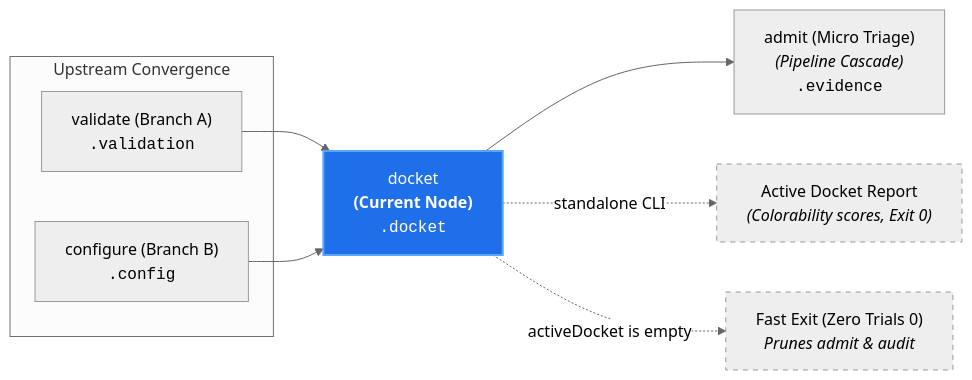
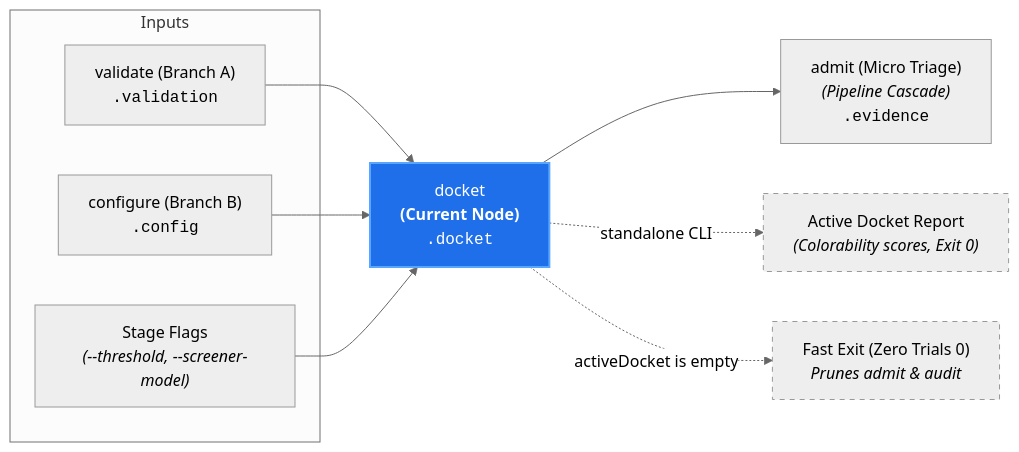
Before and after one commit to PAIR-code/canon-clerk: the diagram in docs/architecture/nodes/docket.md, drawn with Mermaid (neutral theme). The commit also changed 8 other files, not shown here.

Commit message:
docs(architecture): enrich localized node diagrams with stage flags and caseload inputs

````diff
--- a/docs/architecture/nodes/docket.md
+++ b/docs/architecture/nodes/docket.md
@@ -22,18 +22,20 @@
 ```mermaid
 flowchart LR
-    subgraph Upstream["Upstream Convergence"]
+    subgraph Inputs["Inputs"]
         Validate["validate (Branch A)<br/><code>.validation</code>"]
         Config["configure (Branch B)<br/><code>.config</code>"]
+        Params["Stage Flags<br/><i>(--threshold, --screener-model)</i>"]
     end
 
     Validate --> Docket["docket<br/><b>(Current Node)</b><br/><code>.docket</code>"]
     Config --> Docket
+    Params --> Docket
 
     Docket --> Admit["admit (Micro Triage)<br/><i>(Pipeline Cascade)</i><br/><code>.evidence</code>"]
     Docket -. "standalone CLI" .-> DocketReport["Active Docket Report<br/><i>(Colorability scores, Exit 0)</i>"]
     Docket -. "activeDocket is empty" .-> ZeroCases["Fast Exit (Zero Trials 0)<br/><i>Prunes admit & audit</i>"]
 
     style Docket fill:#1f6feb,stroke:#58a6ff,stroke-width:2px,color:#fff
     style DocketReport stroke-dasharray: 5 5
     style ZeroCases stroke-dasharray: 5 5
 ```
````
